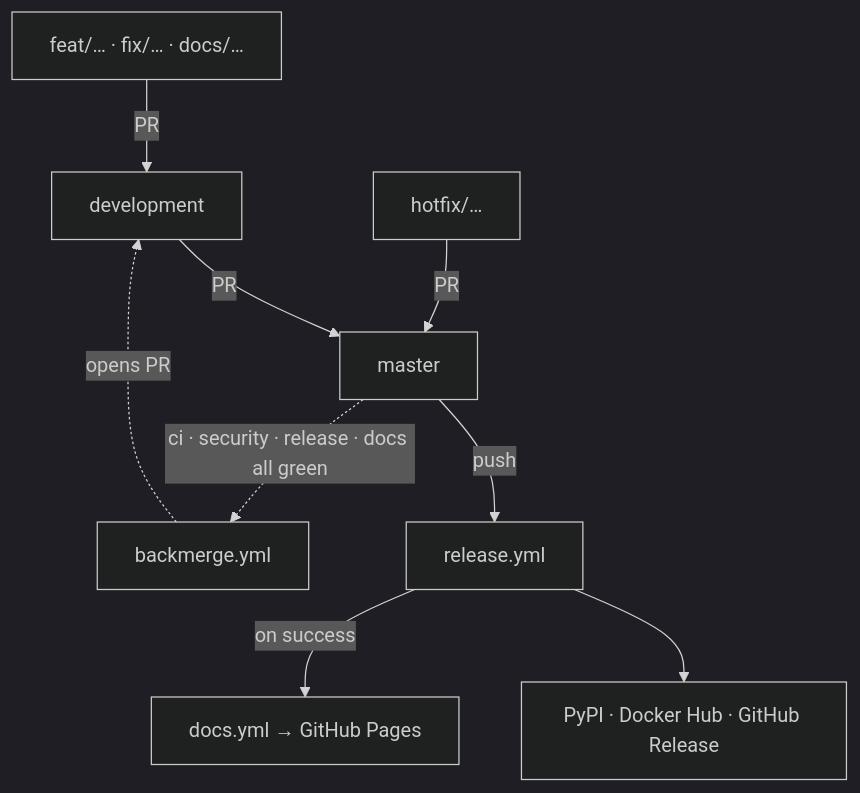
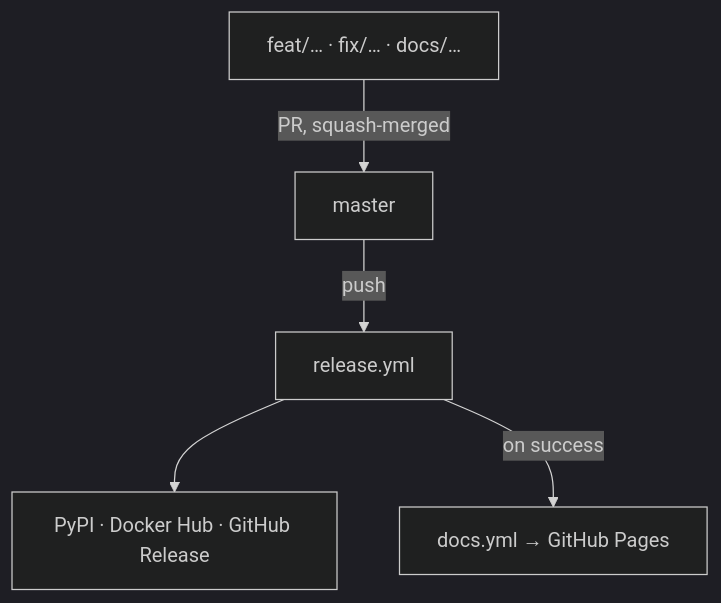
One commit to ci-doctor/ci-doctor changed the diagram in docs/ci-cd.md. Above: the diagram before and after it, drawn with Mermaid (dark theme). The commit also changed other lines of this file and 2 other files, not shown here.

Commit message:
docs: describe the protected single-branch flow and sonar

````diff
--- a/docs/ci-cd.md
+++ b/docs/ci-cd.md
@@ -17,13 +13,7 @@
 ```mermaid
 flowchart TD
-    F["feat/… · fix/… · docs/…"] -->|PR| D[development]
-    D -->|PR| M[master]
-    H["hotfix/…"] -->|PR| M
-
+    F["feat/… · fix/… · docs/…"] -->|PR, squash-merged| M[master]
     M -->|push| REL[release.yml]
     REL --> PUB["PyPI · Docker Hub · GitHub Release"]
     REL -->|on success| DOC["docs.yml → GitHub Pages"]
-
-    M -.->|ci · security · release · docs all green| BM[backmerge.yml]
-    BM -.->|opens PR| D
 ```
````
